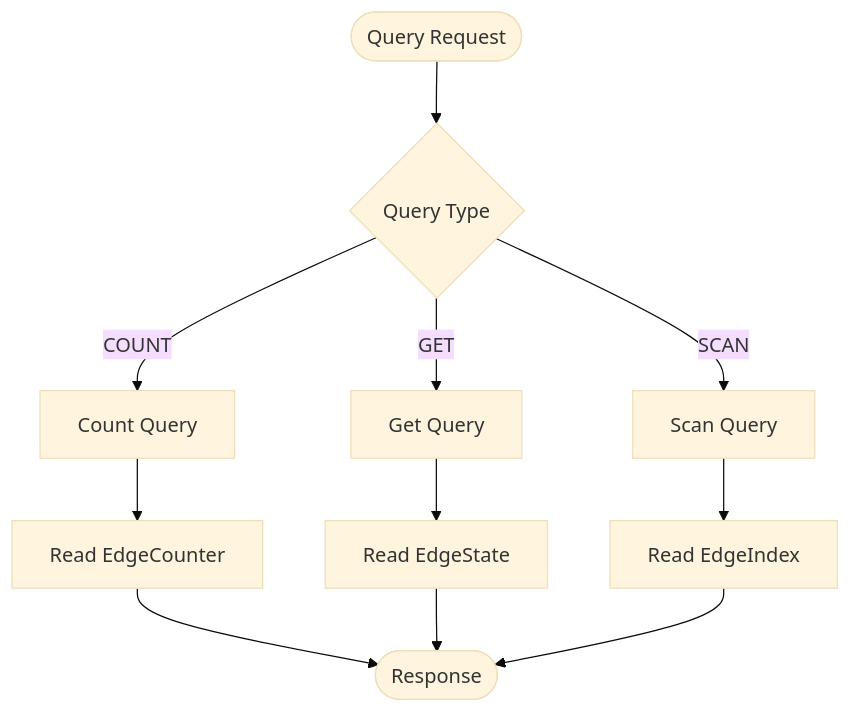
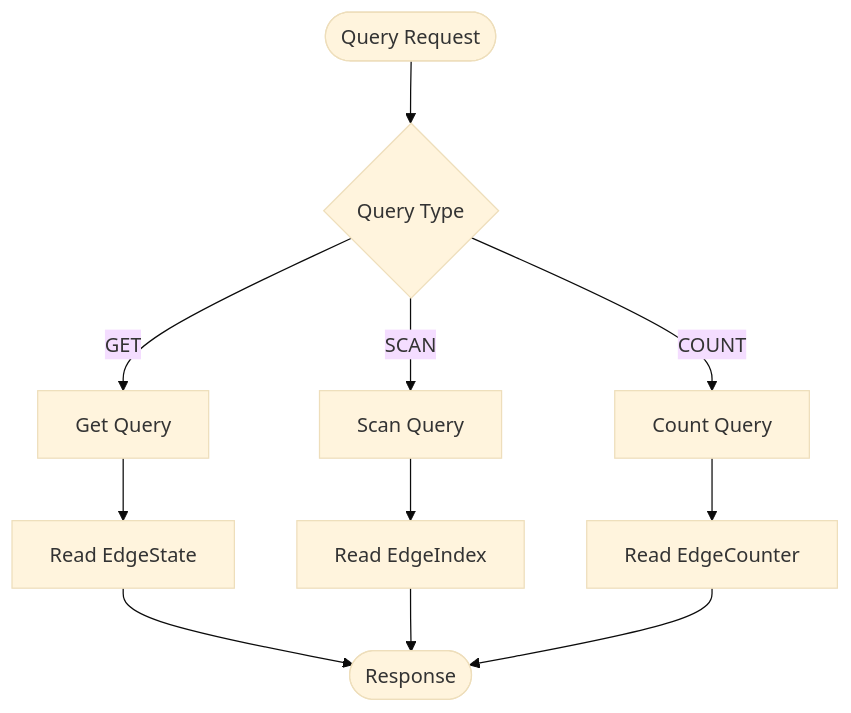
Before and after one commit to kimsunho2000/actionbase: the diagram in website/src/content/docs/design/query.mdx, drawn with Mermaid (base theme). The commit also changed other lines of this file and 25 other files, not shown here.

````diff
--- a/website/src/content/docs/design/query.mdx
+++ b/website/src/content/docs/design/query.mdx
@@ -74,13 +74,13 @@
 ```mermaid
 flowchart TD
     Request([Query Request]) --> Route{Query Type}
-    Route -->|COUNT| CountQuery[Count Query]
     Route -->|GET| GetQuery[Get Query]
     Route -->|SCAN| ScanQuery[Scan Query]
-    CountQuery --> EdgeCounter[Read EdgeCounter]
+    Route -->|COUNT| CountQuery[Count Query]
     GetQuery --> EdgeState[Read EdgeState]
     ScanQuery --> EdgeIndex[Read EdgeIndex]
-    EdgeCounter --> Response([Response])
-    EdgeState --> Response
+    CountQuery --> EdgeCounter[Read EdgeCounter]
+    EdgeState --> Response([Response])
     EdgeIndex --> Response
+    EdgeCounter --> Response
 ```
````
